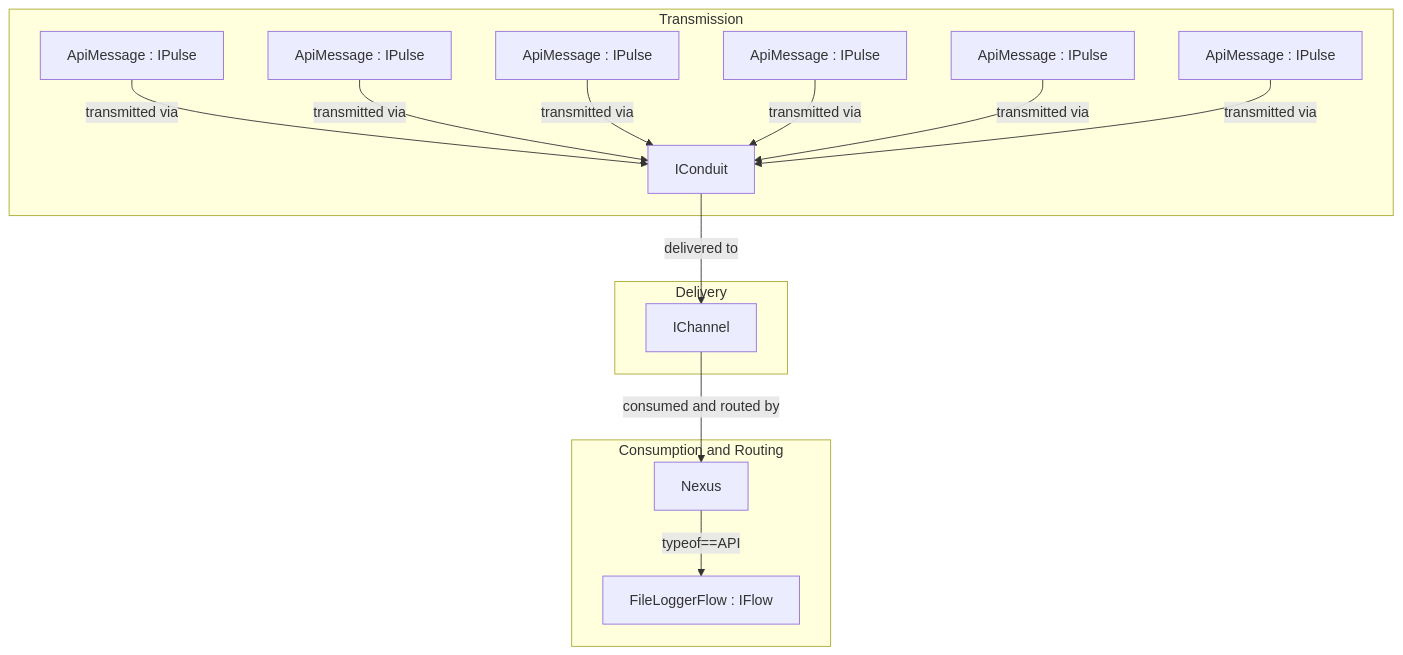
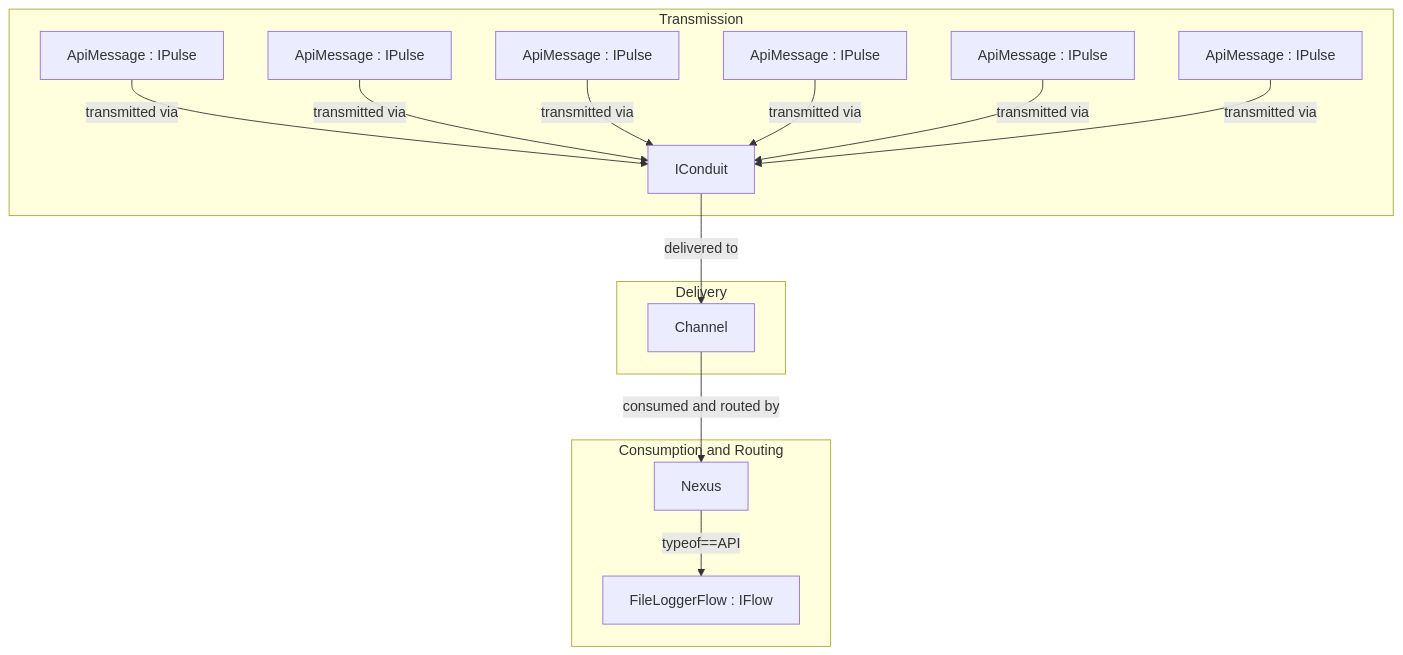
One commit to frankhaugen/Frank.PulseFlow changed the second of 4 diagrams in README.md. Above: the diagram before and after it, drawn with Mermaid. The commit also changed other lines of this file and 16 other files, not shown here.

````diff
--- a/README.md
+++ b/README.md
@@ -109,18 +117,18 @@
 ```mermaid
 graph TB
     subgraph Transmission
         ApiPulse1[ApiMessage : IPulse] -->|transmitted via| Conduit[IConduit]
         ApiPulse2[ApiMessage : IPulse] -->|transmitted via| Conduit[IConduit]
         ApiPulse3[ApiMessage : IPulse] -->|transmitted via| Conduit[IConduit]
         ApiPulse4[ApiMessage : IPulse] -->|transmitted via| Conduit[IConduit]
         ApiPulse5[ApiMessage : IPulse] -->|transmitted via| Conduit[IConduit]
         ApiPulse6[ApiMessage : IPulse] -->|transmitted via| Conduit[IConduit]
     end
     subgraph Delivery
-        Conduit -->|delivered to| IChannel[IChannel]
+        Conduit -->|delivered to| IChannel[Channel]
     end
     subgraph Consumption and Routing
         IChannel -->|consumed and routed by| Nexus[Nexus]
         Nexus -->|typeof==API| Flow[FileLoggerFlow : IFlow]
     end
 ```
````
